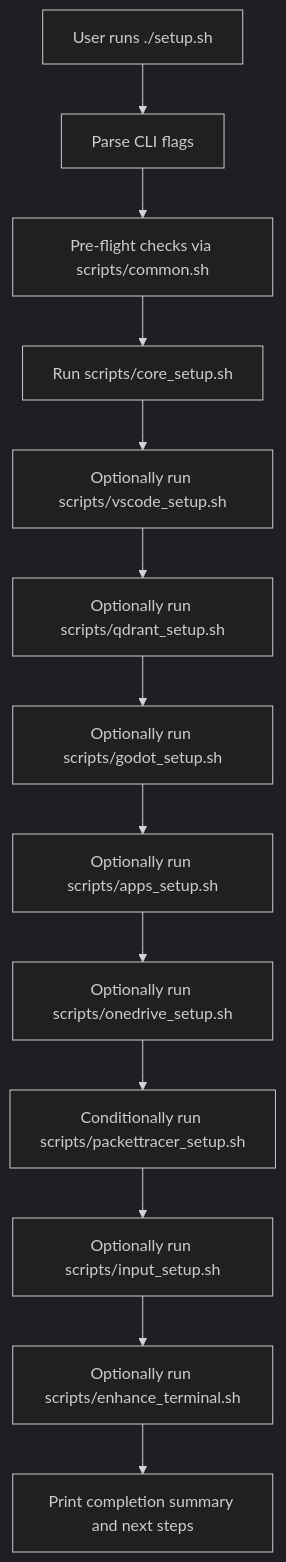
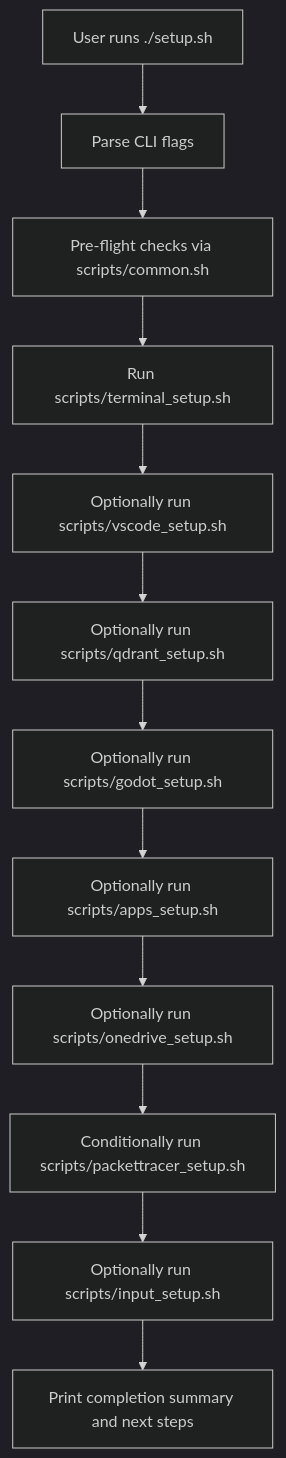
One commit to haingt-dev/workstation-setup changed the diagram in .kilocode/rules/memory-bank/architecture.md. Above: the diagram before and after it, drawn with Mermaid (dark theme). The commit also changed other lines of this file and 7 other files, not shown here.

Commit message:
refactor(terminal): consolidate core_setup.sh and enhance_terminal.sh into terminal_setup.sh

````diff
--- a/.kilocode/rules/memory-bank/architecture.md
+++ b/.kilocode/rules/memory-bank/architecture.md
@@ -46,15 +45,14 @@
 ```mermaid
 flowchart TD
   A[User runs ./setup.sh] --> B[Parse CLI flags]
   B --> C[Pre-flight checks via scripts/common.sh]
-  C --> D[Run scripts/core_setup.sh]
+  C --> D[Run scripts/terminal_setup.sh]
   D --> E[Optionally run scripts/vscode_setup.sh]
   E --> F[Optionally run scripts/qdrant_setup.sh]
   F --> G[Optionally run scripts/godot_setup.sh]
   G --> H[Optionally run scripts/apps_setup.sh]
   H --> I[Optionally run scripts/onedrive_setup.sh]
   I --> J[Conditionally run scripts/packettracer_setup.sh]
   J --> K[Optionally run scripts/input_setup.sh]
-  K --> L[Optionally run scripts/enhance_terminal.sh]
-  L --> M[Print completion summary and next steps]
+  K --> M[Print completion summary and next steps]
 ```
````
